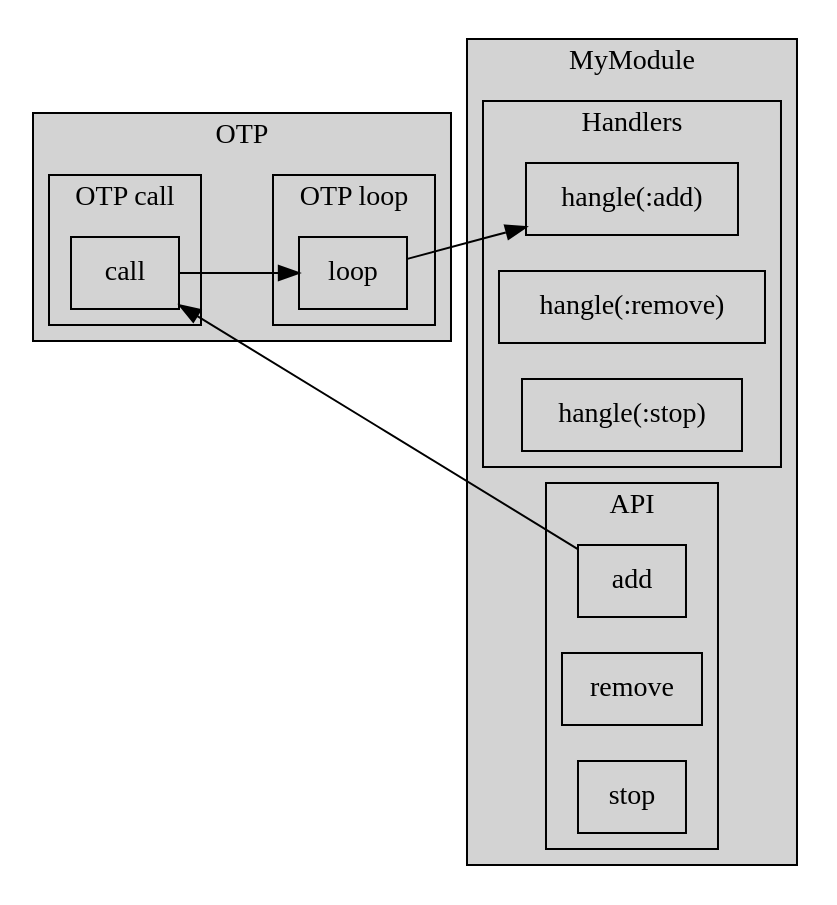
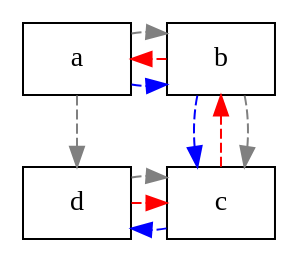
The diagram in lesson_10/img/gen_server.standard.dot (yzh44yzh/elixir_course), drawn with Graphviz before and after one commit. The commit also changed 1 other file, not shown here.

Commit message:
gen_server.dot layout

```diff
--- a/lesson_10/img/gen_server.standard.dot
+++ b/lesson_10/img/gen_server.standard.dot
@@ -1,50 +1,81 @@
 digraph GS {
-    rankdir = LR; // not work when second level subgraph appears
-    rank = same; // not work?
-    graph [style=filled];
+
+   /*
+    TODO:
+    - layout nodes
+    - label nodes with 3 rows
+    - put nodes into clusters as I need cluster labels
+    - hide hidden edges
+    - apply styles to all elements
+    - also apply font 'ubuntu mono'
+    */
+
+
+    // graph [style=filled];
     node [shape=box];
 
-    subgraph cluster_my_module {
-        label = "MyModule";
-        rankdir = TB;
-        // graph [color=blue];
+    edge [weight=1 style=dashed color=blue]
+    a -> b -> c -> d
+
+    edge [weight=1 style=dashed color=red]
+    d -> c -> b -> a
+
+    // hidden edges
+    edge [weight=1000 style=dashed color=grey]
+    a -> d
+    b -> c
+    rank=same {a -> b}
+    rank=same {d -> c}
+
+    
+    // subgraph cluster_my_module {
+    //     label = "MyModule";
+    //     rankdir = TB;
+    //     // graph [color=blue];
         
-        subgraph cluster_module_api {
-            label = "API";
+    //     subgraph cluster_module_api {
+    //         label = "API";
+    //         rankdir = TB;
 
-            api_add [label="add"];
-            api_remove [label="remove"];
-            api_stop [label="stop"];
-        }
+    //         api_add [label="add"];
+    //         api_remove [label="remove"];
+    //         api_stop [label="stop"];
+    //     }
         
-        subgraph cluster_module_handlers {
-            label = "Handlers";
+    //     subgraph cluster_module_handlers {
+    //         label = "Handlers";
+    //         rankdir = TB;
 
-            handler_add [label="hangle(:add)"]
-            handler_remove [label="hangle(:remove)"]
-            handler_stop [label="hangle(:stop)"]
-        }
-    }
+    //         handler_add [label="hangle(:add)"]
+    //         handler_remove [label="hangle(:remove)"]
+    //         handler_stop [label="hangle(:stop)"]
+    //     }
+    // }
 
-    subgraph cluster_otp {
-        label = "OTP";
-        rankdir = TB;
-        // graph [color=red];
+    // subgraph cluster_otp {
+    //     label = "OTP";
+    //     rankdir = TB;
+    //     // graph [color=red];
 
-        subgraph cluster_otp_call {
-            label = "OTP call"
+    //     subgraph cluster_otp_call {
+    //         label = "OTP call"
+    //         rankdir = TB;
             
-            otp_call [label="call"]
-        }
+    //         otp_call [label="call (send & receive)"]
+    //     }
 
-        subgraph cluster_otp_loop {
-            label = "OTP loop"
+    //     subgraph cluster_otp_loop {
+    //         label = "OTP loop"
+    //         rankdir = TB;
             
-            otp_loop [label="loop"]
-        }
-    }
+    //         otp_loop [label="loop (receive & send)"]
+    //     }
+    // }
 
-    api_add -> otp_call;
-    otp_call -> otp_loop;
-    otp_loop -> handler_add;
+    // api_add -> otp_call;
+    // otp_call -> otp_loop;
+    // otp_loop -> handler_add;
+
+    // add invisible edges for correct ranking.
+
 }
```
